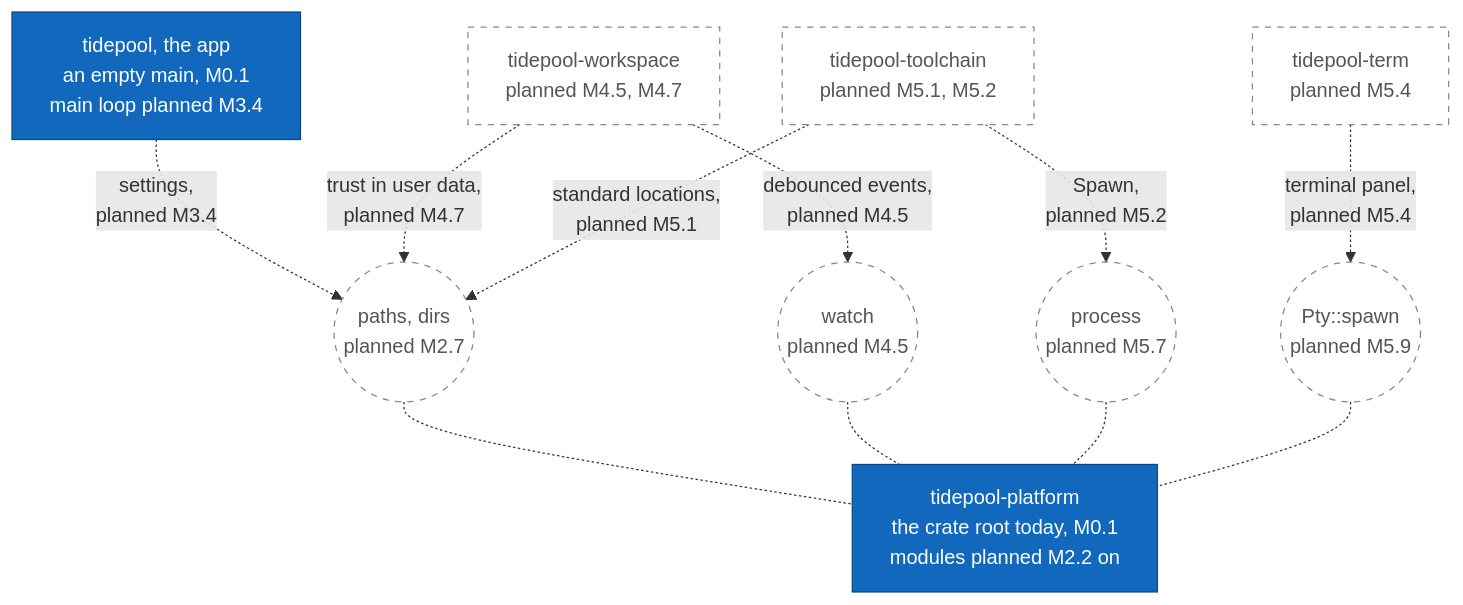
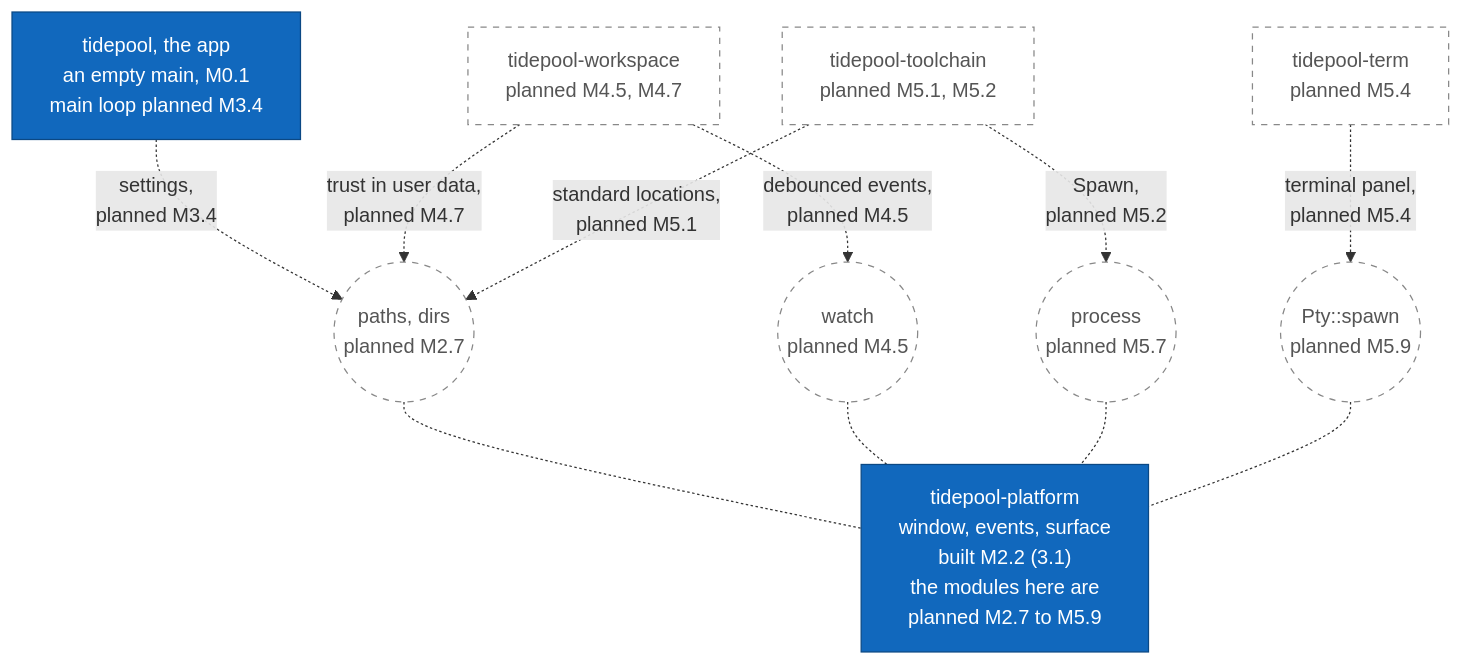
Before and after one commit to jabbott-iii/Tidepool: the eighth of 21 diagrams in diagrams/component-diagrams.md, drawn with Mermaid. The commit also changed other lines of this file and 45 other files, not shown here.

````diff
--- a/diagrams/component-diagrams.md
+++ b/diagrams/component-diagrams.md
@@ -430,32 +434,32 @@
 ```mermaid
 flowchart TB
     c_app["tidepool, the app<br/>an empty main, M0.1<br/>main loop planned M3.4"]
     c_workspace["tidepool-workspace<br/>planned M4.5, M4.7"]
     c_toolchain["tidepool-toolchain<br/>planned M5.1, M5.2"]
     c_term["tidepool-term<br/>planned M5.4"]
 
     i_paths(("paths, dirs<br/>planned M2.7"))
     i_watch(("watch<br/>planned M4.5"))
     i_process(("process<br/>planned M5.7"))
     i_pty(("Pty::spawn<br/>planned M5.9"))
 
-    c_platform["tidepool-platform<br/>the crate root today, M0.1<br/>modules planned M2.2 on"]
+    c_platform["tidepool-platform<br/>window, events, surface<br/>built M2.2 (3.1)<br/>the modules here are<br/>planned M2.7 to M5.9"]
 
     c_app -.->|"settings,<br/>planned M3.4"| i_paths
     c_workspace -.->|"trust in user data,<br/>planned M4.7"| i_paths
     c_workspace -.->|"debounced events,<br/>planned M4.5"| i_watch
     c_toolchain -.->|"standard locations,<br/>planned M5.1"| i_paths
     c_toolchain -.->|"Spawn,<br/>planned M5.2"| i_process
     c_term -.->|"terminal panel,<br/>planned M5.4"| i_pty
 
     i_paths -.- c_platform
     i_watch -.- c_platform
     i_process -.- c_platform
     i_pty -.- c_platform
 
     classDef built fill:#1168bd,stroke:#0b4884,color:#ffffff
     classDef planned fill:#ffffff,stroke:#888888,stroke-dasharray: 5 5,color:#555555
     class c_app,c_platform built
     class c_workspace,c_toolchain,c_term planned
     class i_paths,i_watch,i_process,i_pty planned
 ```
````
